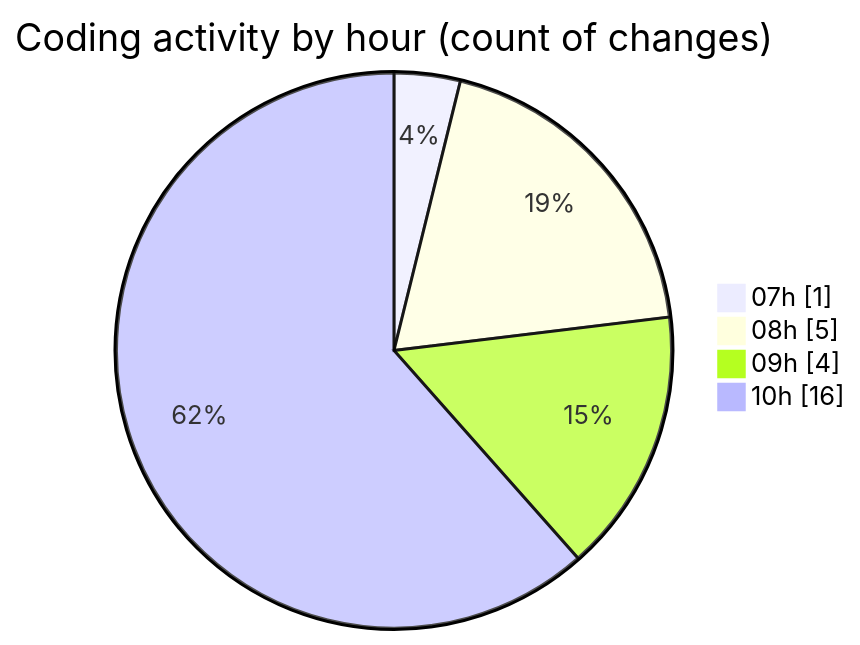
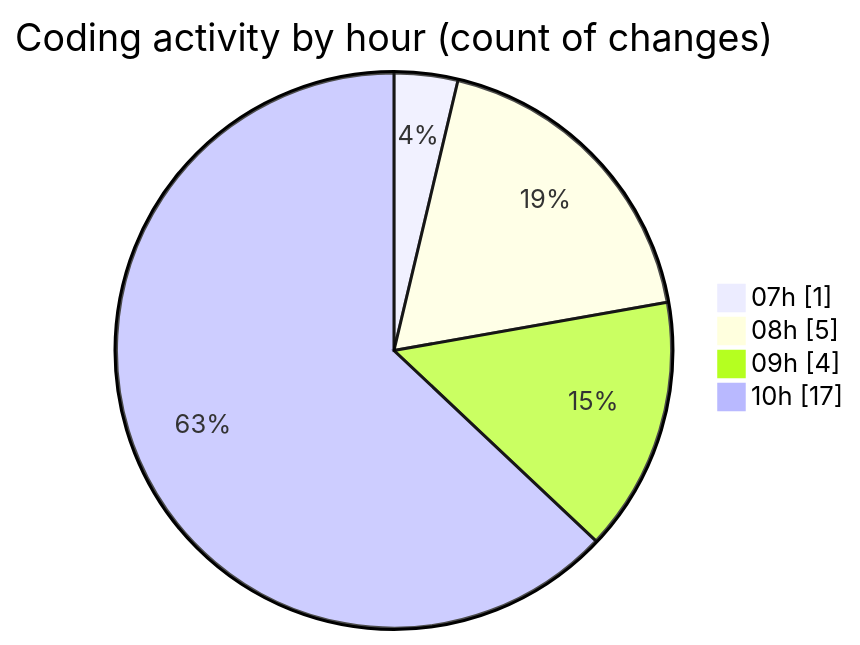
The second of 2 diagrams in 2025-05-14/cda/README.md (momahboobian/code-tracking), drawn with Mermaid before and after one commit. The commit also changed other lines of this file and 1 other file, not shown here.

````diff
--- a/2025-05-14/cda/README.md
+++ b/2025-05-14/cda/README.md
@@ -37,8 +39,8 @@
 ```mermaid
 pie showData
 title Coding activity by hour (count of changes)
 "07h" : 1
 "08h" : 5
 "09h" : 4
-"10h" : 16
+"10h" : 17
 ```
````
